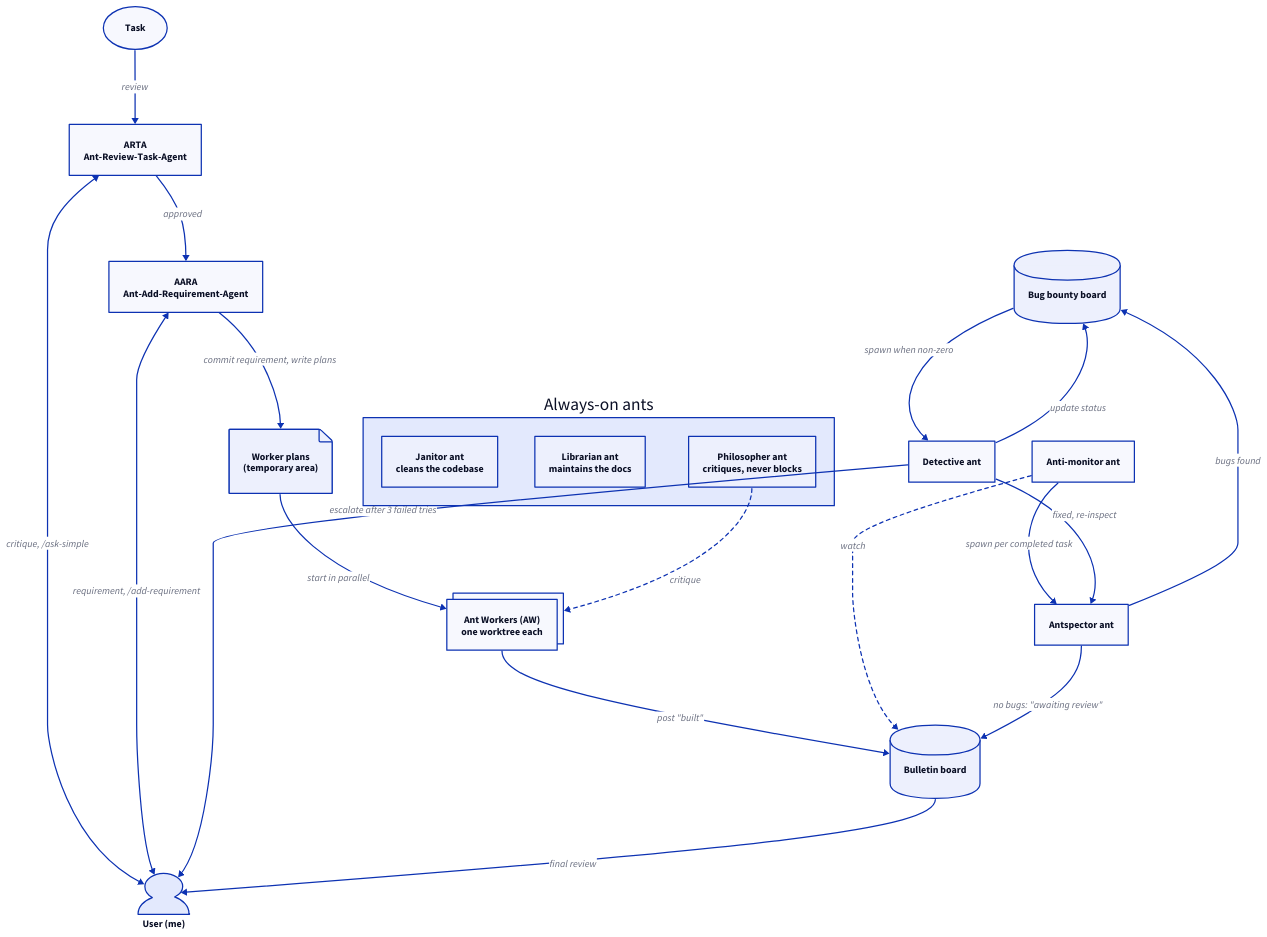
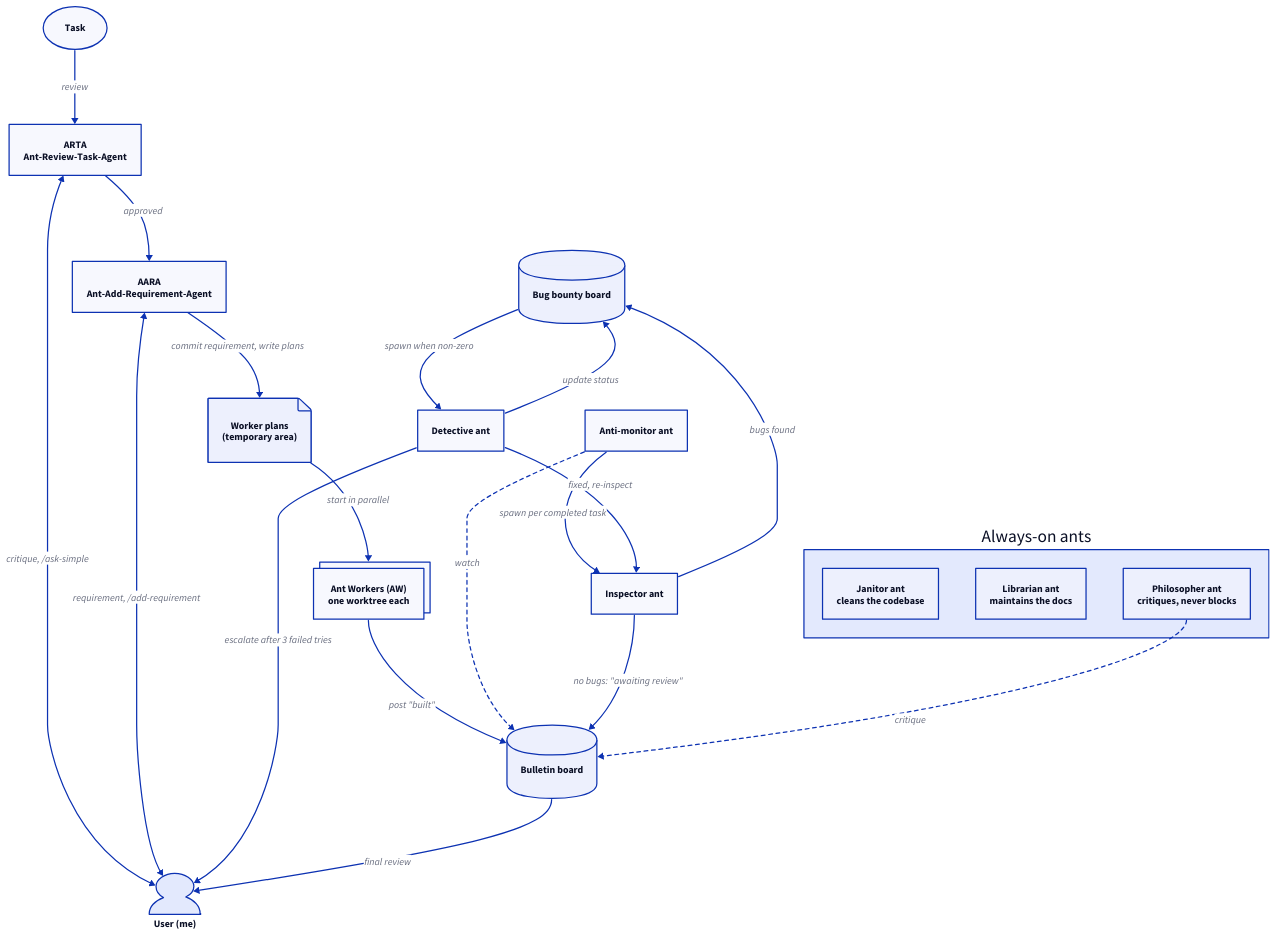
One commit to raveensrk/agent1 changed the diagram in age_of_agents/index.md. Above: the diagram before and after it, drawn with D2. The commit also changed other lines of this file and 6 other files, not shown here.

````diff
--- a/age_of_agents/index.md
+++ b/age_of_agents/index.md
@@ -59,42 +61,42 @@
 ```d2
 direction: down
 
 task: Task {shape: oval}
 user: User (me) {shape: person}
 
 arta: ARTA\nAnt-Review-Task-Agent
 aara: AARA\nAnt-Add-Requirement-Agent
 plan: Worker plans\n(temporary area) {shape: page}
 aw: Ant Workers (AW)\none worktree each {style.multiple: true}
 
 bulletin: Bulletin board {shape: cylinder}
 bounty: Bug bounty board {shape: cylinder}
 
 monitor: Anti-monitor ant
-inspector: Antspector ant
+inspector: Inspector ant
 detective: Detective ant
 
 always_on: Always-on ants {
   janitor: Janitor ant\ncleans the codebase
   librarian: Librarian ant\nmaintains the docs
   philosopher: Philosopher ant\ncritiques, never blocks
 }
 
 task -> arta: review
 arta <-> user: critique, /ask-simple
 arta -> aara: approved
 aara <-> user: requirement, /add-requirement
 aara -> plan: commit requirement, write plans
 plan -> aw: start in parallel
 aw -> bulletin: post "built"
 monitor -> bulletin: watch {style.stroke-dash: 3}
 monitor -> inspector: spawn per completed task
 inspector -> bulletin: no bugs: "awaiting review"
 inspector -> bounty: bugs found
 bounty -> detective: spawn when non-zero
 detective -> inspector: fixed, re-inspect
 detective -> bounty: update status
 detective -> user: escalate after 3 failed tries
 bulletin -> user: final review
-always_on.philosopher -> aw: critique {style.stroke-dash: 3}
+always_on.philosopher -> bulletin: critique {style.stroke-dash: 3}
 ```
````
